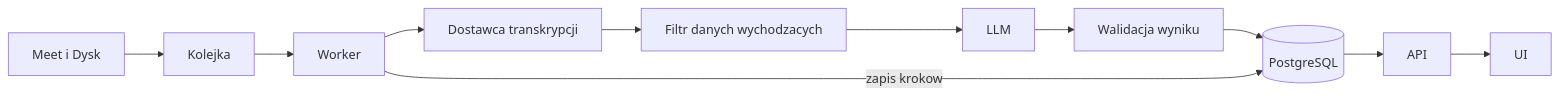
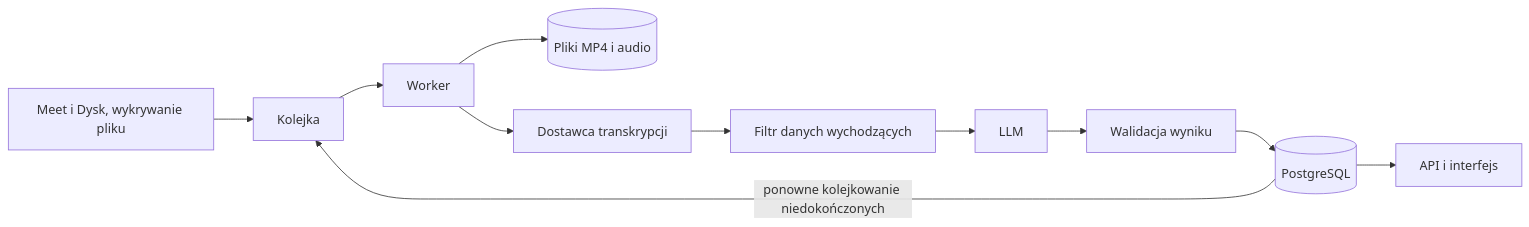
One commit to viventer/vinseo-asystent-spotkan changed the second of 2 diagrams in part-a-doc.md. Above: the diagram before and after it, drawn with Mermaid. The commit also changed other lines of this file and 1 other file, not shown here.

````diff
--- a/part-a-doc.md
+++ b/part-a-doc.md
@@ -210,13 +203,13 @@
 ```mermaid
 flowchart LR
-  meet[Meet i Dysk] --> queue[Kolejka]
+  meet[Meet i Dysk, wykrywanie pliku] --> queue[Kolejka]
   queue --> worker[Worker]
+  worker --> files[(Pliki MP4 i audio)]
   worker --> asr[Dostawca transkrypcji]
-  asr --> outfilter[Filtr danych wychodzacych]
+  asr --> outfilter[Filtr danych wychodzących]
   outfilter --> llm[LLM]
   llm --> validate[Walidacja wyniku]
   validate --> db[(PostgreSQL)]
-  worker -->|"zapis krokow"| db
-  db --> api[API]
-  api --> ui[UI]
+  db -->|"ponowne kolejkowanie niedokończonych"| queue
+  db --> api[API i interfejs]
 ```
````
